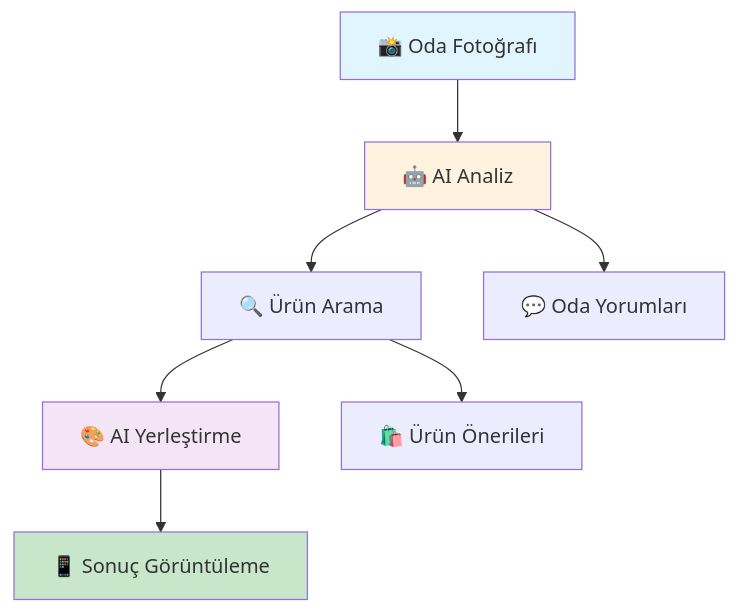
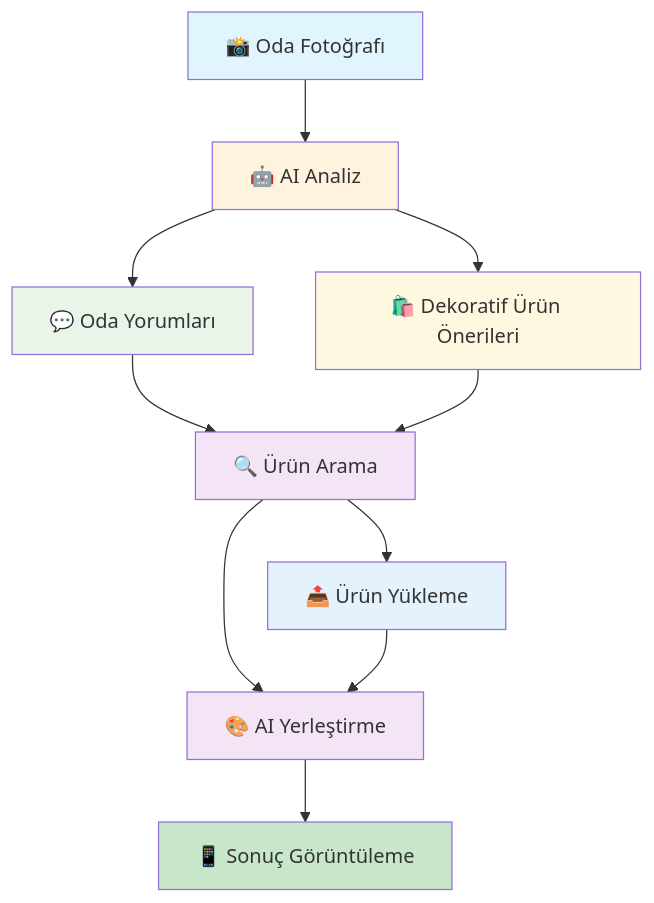
One commit to Fikret-Arici/designroom changed the first of 2 diagrams in SUNUM.md. Above: the diagram before and after it, drawn with Mermaid. The commit also changed other lines of this file, not shown here.

````diff
--- a/SUNUM.md
+++ b/SUNUM.md
@@ -80,15 +80,25 @@
 ```mermaid
 graph TD
     A[📸 Oda Fotoğrafı] --> B[🤖 AI Analiz]
-    B --> C[🔍 Ürün Arama]
-    C --> D[🎨 AI Yerleştirme]
-    D --> E[📱 Sonuç Görüntüleme]
     
-    B --> F[💬 Oda Yorumları]
-    C --> G[🛍️ Ürün Önerileri]
+    B --> C[💬 Oda Yorumları]
+    B --> D[🛍️ Dekoratif Ürün Önerileri]
+    
+    C --> E[🔍 Ürün Arama]
+    D --> E
+    E --> F[📤 Ürün Yükleme]
+    
+    E --> G[🎨 AI Yerleştirme]
+    F --> G
+    
+    G --> H[📱 Sonuç Görüntüleme]
     
     style A fill:#e1f5fe
-    style E fill:#c8e6c9
+    style H fill:#c8e6c9
     style B fill:#fff3e0
-    style D fill:#f3e5f5
+    style G fill:#f3e5f5
+    style C fill:#e8f5e8
+    style D fill:#fff8e1
+    style E fill:#f3e5f5
+    style F fill:#e3f2fd
 ```
````
